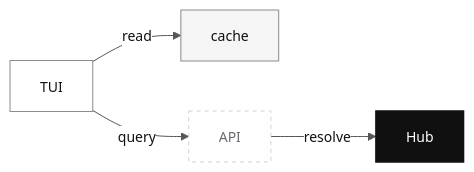
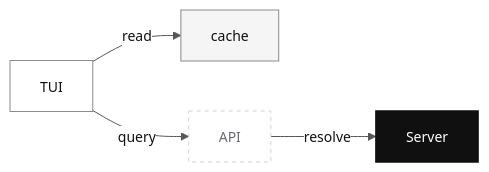
Before and after one commit to dylanwangeth/clumsies: the diagram in docs/tui.md, drawn with Mermaid. The commit also changed other lines of this file and 149 other files, not shown here.

First line of the commit message:
server: replace legacy Hub with integrated Rust service

````diff
--- a/docs/tui.md
+++ b/docs/tui.md
@@ -56,34 +56,34 @@
 ```mermaid
 %%{init: {'theme': 'base', 'themeVariables': {
   'background': '#ffffff',
   'primaryColor': '#f7f7f8',
   'primaryTextColor': '#111111',
   'primaryBorderColor': '#111111',
   'lineColor': '#575757',
   'secondaryColor': '#ffffff',
   'tertiaryColor': '#f1f1f2',
   'clusterBkg': '#fbfbfc',
   'clusterBorder': '#cbcbcf',
   'fontFamily': 'ui-monospace, SFMono-Regular, SF Mono, Menlo, monospace',
   'fontSize': '14px'
 }}}%%
 flowchart LR
     classDef surface fill:#ffffff,color:#111111,stroke:#8b8b90,stroke-width:1px;
     classDef authority fill:#101010,color:#ffffff,stroke:#101010,stroke-width:1.5px;
     classDef runtime fill:#f5f5f6,color:#111111,stroke:#8b8b90,stroke-width:1px;
     classDef external fill:#ffffff,color:#6b6b72,stroke:#d1d1d6,stroke-dasharray: 4 4;
 
     TUI["TUI"]
-    Hub["Hub"]
+    Server["Server"]
     Cache["cache"]
     API["API"]
 
     TUI -->|query| API
-    API -->|resolve| Hub
+    API -->|resolve| Server
     TUI -->|read| Cache
 
     class TUI surface;
-    class Hub authority;
+    class Server authority;
     class Cache runtime;
     class API external;
 ```
````
